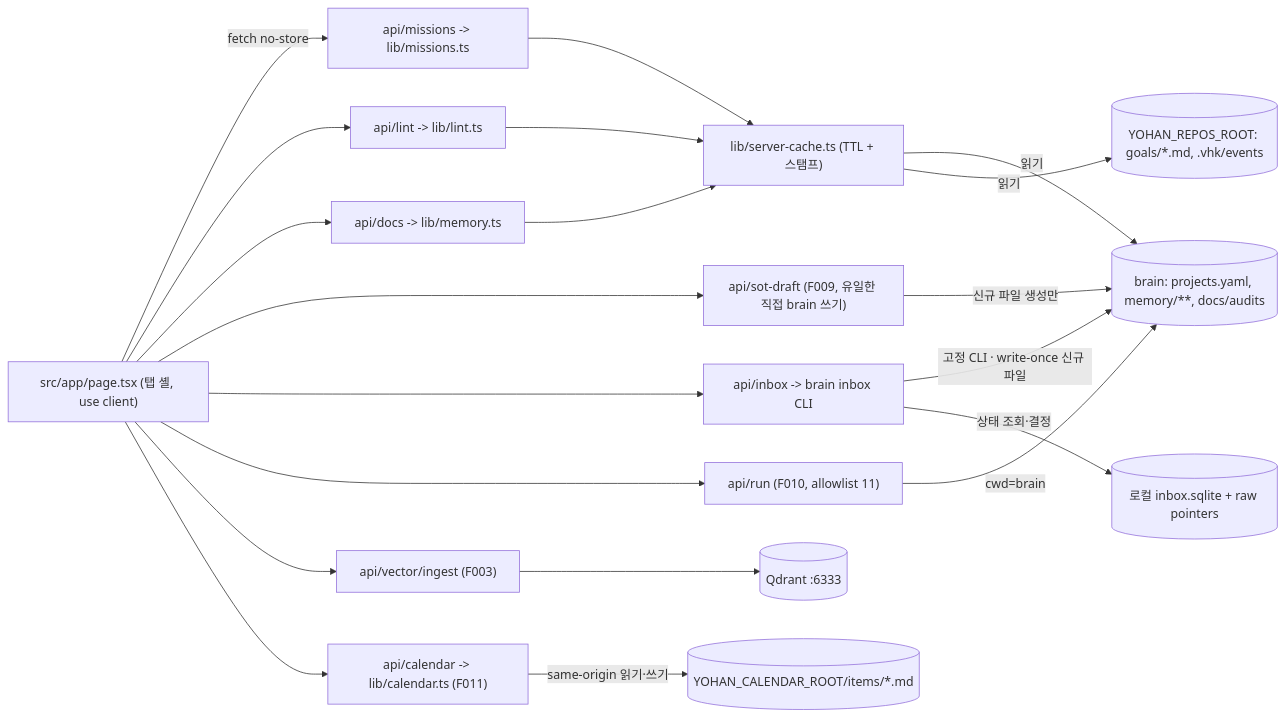
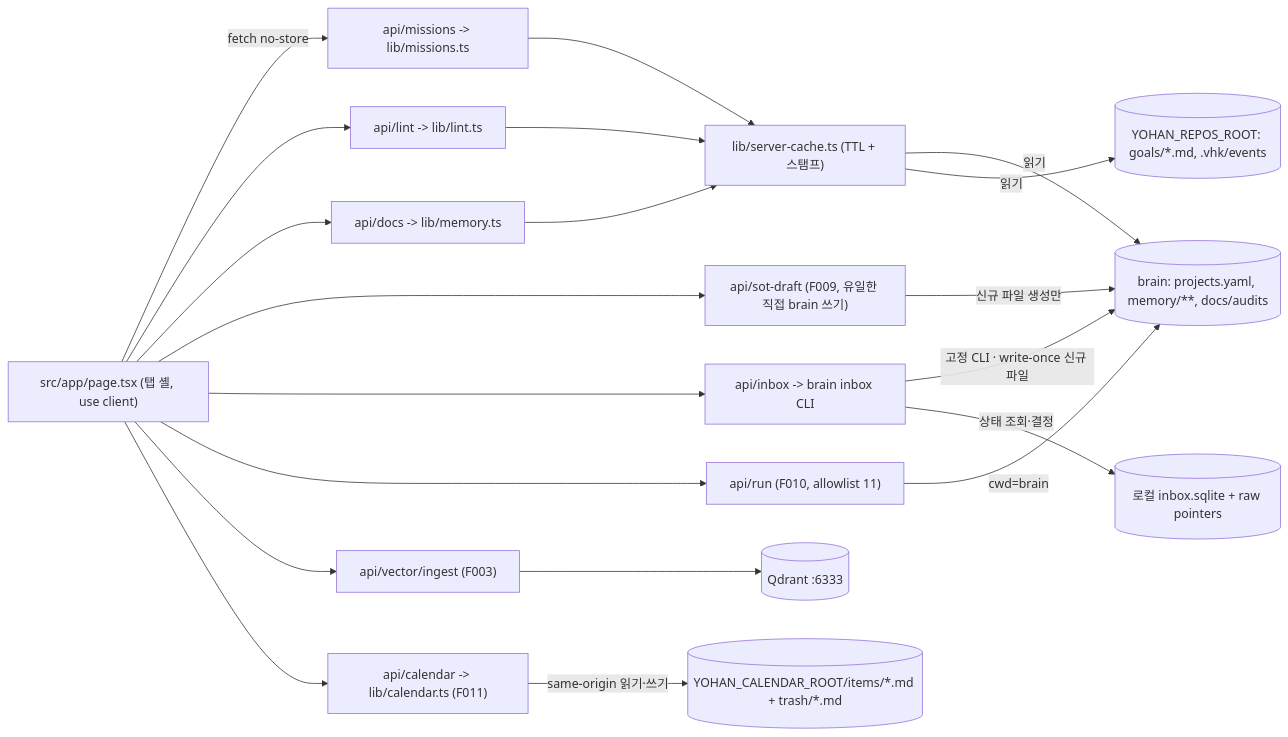
One commit to byh3071-cpu/yohan-control-tower changed the diagram in docs/ARCHITECTURE.md. Above: the diagram before and after it, drawn with Mermaid. The commit also changed other lines of this file and 40 other files, not shown here.

````diff
--- a/docs/ARCHITECTURE.md
+++ b/docs/ARCHITECTURE.md
@@ -81,37 +81,37 @@
 ```mermaid
 flowchart LR
   UI["src/app/page.tsx (탭 셸, use client)"]
   M["api/missions -> lib/missions.ts"]
   L["api/lint -> lib/lint.ts"]
   D["api/docs -> lib/memory.ts"]
   S["api/sot-draft (F009, 유일한 직접 brain 쓰기)"]
   I["api/inbox -> brain inbox CLI"]
   R["api/run (F010, allowlist 11)"]
   V["api/vector/ingest (F003)"]
   C["api/calendar -> lib/calendar.ts (F011)"]
   CACHE["lib/server-cache.ts (TTL + 스탬프)"]
   BRAIN[("brain: projects.yaml, memory/**, docs/audits")]
   INBOX[("로컬 inbox.sqlite + raw pointers")]
   REPOS[("YOHAN_REPOS_ROOT: goals/*.md, .vhk/events")]
   Q[("Qdrant :6333")]
-  CAL[("YOHAN_CALENDAR_ROOT/items/*.md")]
+  CAL[("YOHAN_CALENDAR_ROOT/items/*.md + trash/*.md")]
   UI -->|fetch no-store| M
   UI --> L
   UI --> D
   UI --> S
   UI --> I
   UI --> R
   UI --> V
   UI --> C
   M --> CACHE
   L --> CACHE
   D --> CACHE
   CACHE -->|읽기| BRAIN
   CACHE -->|읽기| REPOS
   R -->|cwd=brain| BRAIN
   S -->|신규 파일 생성만| BRAIN
   I -->|고정 CLI · write-once 신규 파일| BRAIN
   I -->|상태 조회·결정| INBOX
   V --> Q
   C -->|same-origin 읽기·쓰기| CAL
 ```
````
